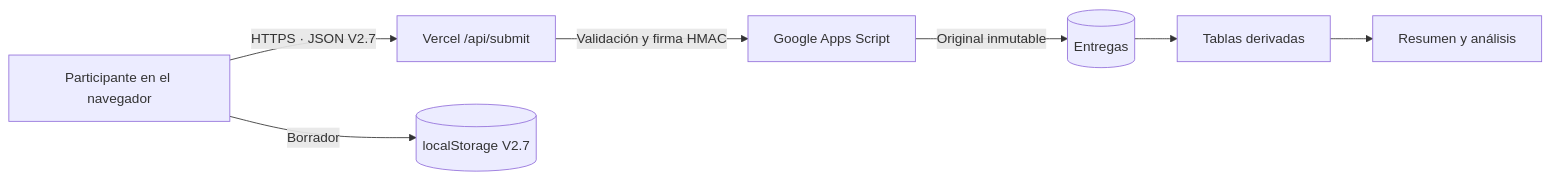
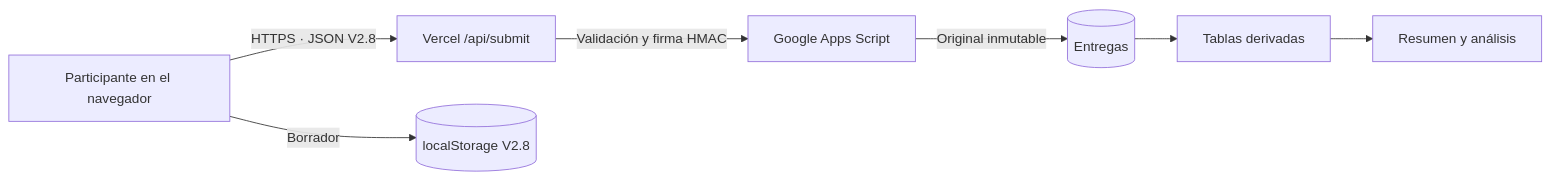
The diagram in docs/ARQUITECTURA-Y-OPERACION.md (goncazasa/diagnostico-startup), drawn with Mermaid before and after one commit. The commit also changed other lines of this file and 24 other files, not shown here.

````diff
--- a/docs/ARQUITECTURA-Y-OPERACION.md
+++ b/docs/ARQUITECTURA-Y-OPERACION.md
@@ -5,9 +5,9 @@
 ```mermaid
 flowchart LR
-    E[Participante en el navegador] -->|HTTPS · JSON V2.7| V[Vercel /api/submit]
+    E[Participante en el navegador] -->|HTTPS · JSON V2.8| V[Vercel /api/submit]
     V -->|Validación y firma HMAC| G[Google Apps Script]
     G -->|Original inmutable| A[(Entregas)]
     A --> R[Tablas derivadas]
     R --> S[Resumen y análisis]
-    E -->|Borrador| L[(localStorage V2.7)]
+    E -->|Borrador| L[(localStorage V2.8)]
 ```
````
